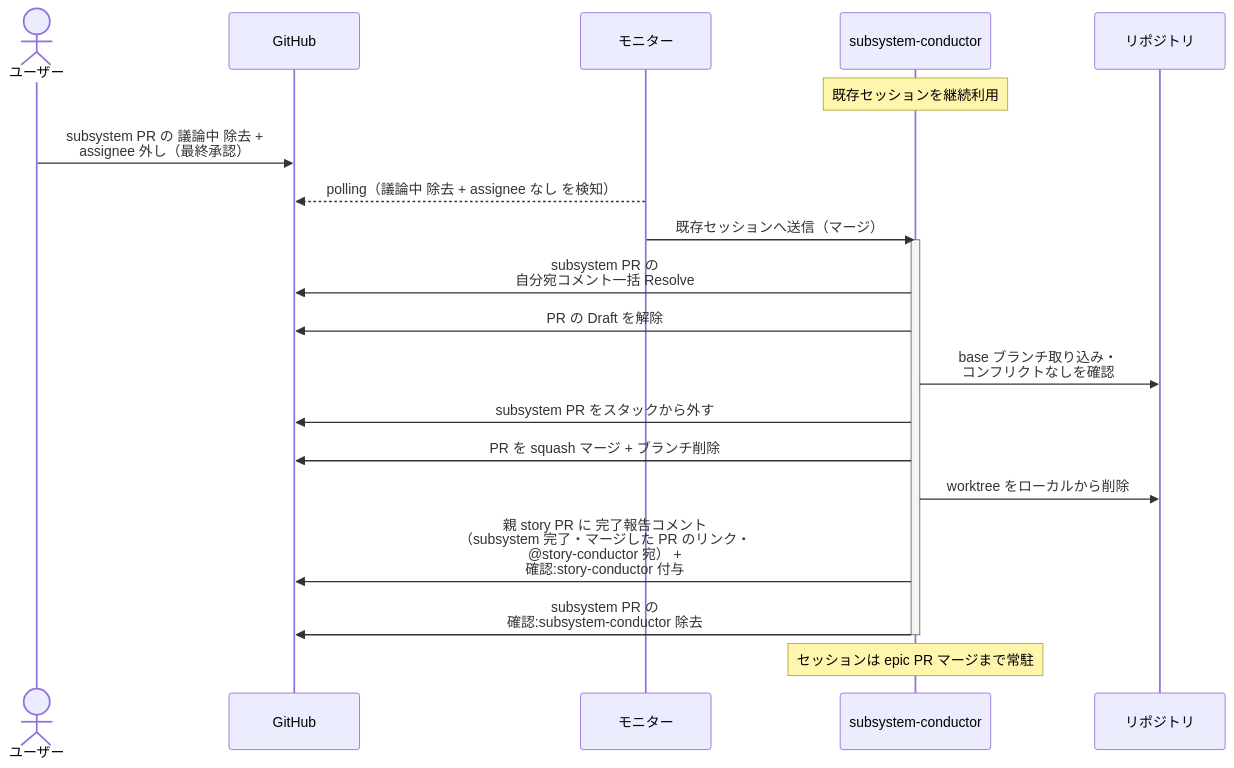
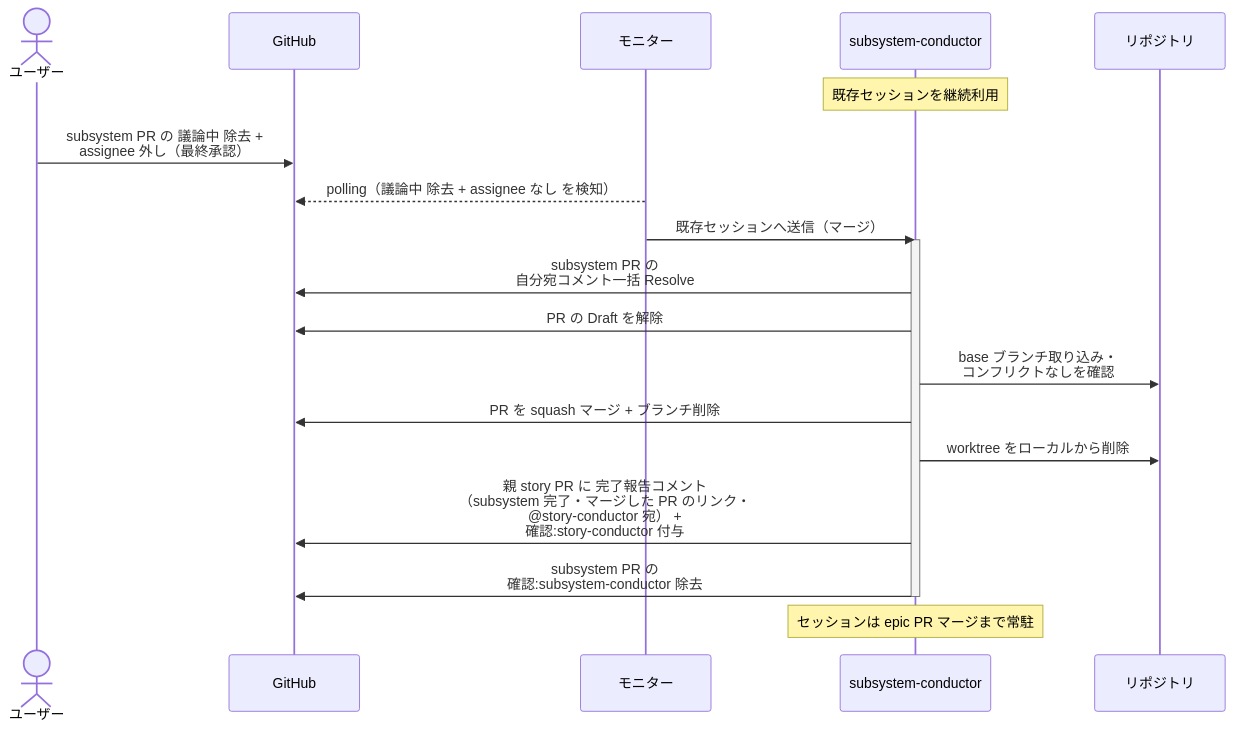
Before and after one commit to shuhei1101/ai-monitor: the second of 7 diagrams in docs/wiki/設計図/シナリオ/単一ユースケース/マージ.md, drawn with Mermaid. The commit also changed other lines of this file and 108 other files, not shown here.

````diff
--- a/docs/wiki/設計図/シナリオ/単一ユースケース/マージ.md
+++ b/docs/wiki/設計図/シナリオ/単一ユースケース/マージ.md
@@ -72,24 +70,23 @@
 ```mermaid
 sequenceDiagram
   actor U as ユーザー
   participant GH as GitHub
   participant ORC as モニター
   participant MON as subsystem-conductor
   participant REPO as リポジトリ
 
   Note over MON: 既存セッションを継続利用
   U->>GH: subsystem PR の 議論中 除去 +<br>assignee 外し（最終承認）
   ORC-->>GH: polling（議論中 除去 + assignee なし を検知）
   ORC->>MON: 既存セッションへ送信（マージ）
   activate MON
   MON->>GH: subsystem PR の<br>自分宛コメント一括 Resolve
   MON->>GH: PR の Draft を解除
   MON->>REPO: base ブランチ取り込み・<br>コンフリクトなしを確認
-  MON->>GH: subsystem PR をスタックから外す
   MON->>GH: PR を squash マージ + ブランチ削除
   MON->>REPO: worktree をローカルから削除
   MON->>GH: 親 story PR に 完了報告コメント<br>（subsystem 完了・マージした PR のリンク・<br>@story-conductor 宛） +<br>確認:story-conductor 付与
   MON->>GH: subsystem PR の<br>確認:subsystem-conductor 除去
   deactivate MON
   Note over MON: セッションは epic PR マージまで常駐
 ```
````
